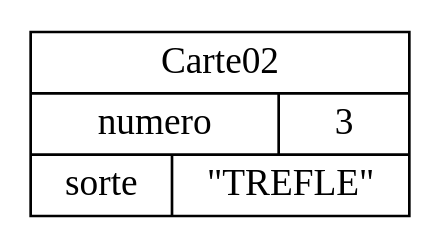
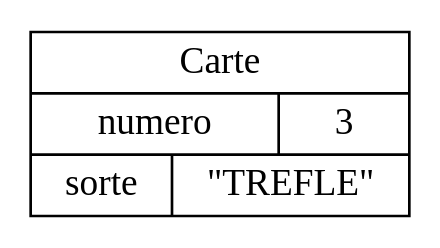
The diagram in docs/modelisation/objets/Carte02.dot (cartesjava/cartesjava.github.io), drawn with Graphviz before and after one commit. The commit also changed 222 other files, not shown here.

```diff
--- a/docs/modelisation/objets/Carte02.dot
+++ b/docs/modelisation/objets/Carte02.dot
@@ -1,4 +1,4 @@
-digraph "Carte02" {
+digraph "Carte" {
 graph ["rankdir"="LR","compound"="true","ranksep"="1.0","nodesep"="1.0"]
-"/" ["label"="<_C>Carte02|{numero|3}|{sorte|\"TREFLE\"}","style"="filled","fillcolor"="white","shape"="record"]
+"/" ["label"="<_C>Carte|{numero|3}|{sorte|\"TREFLE\"}","style"="filled","fillcolor"="white","shape"="record"]
 }
```
